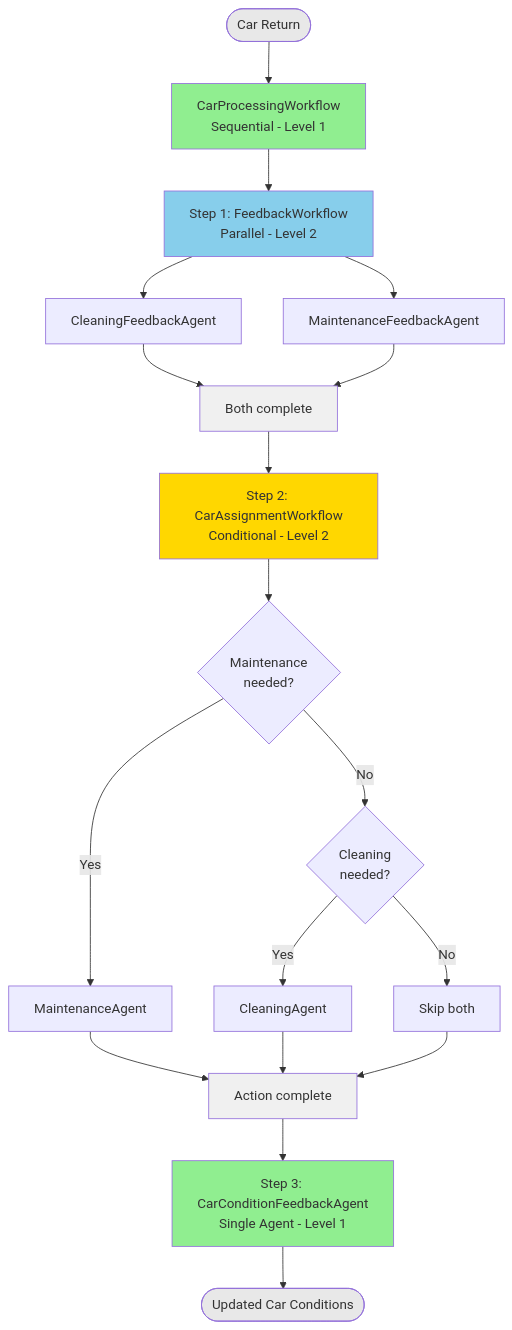
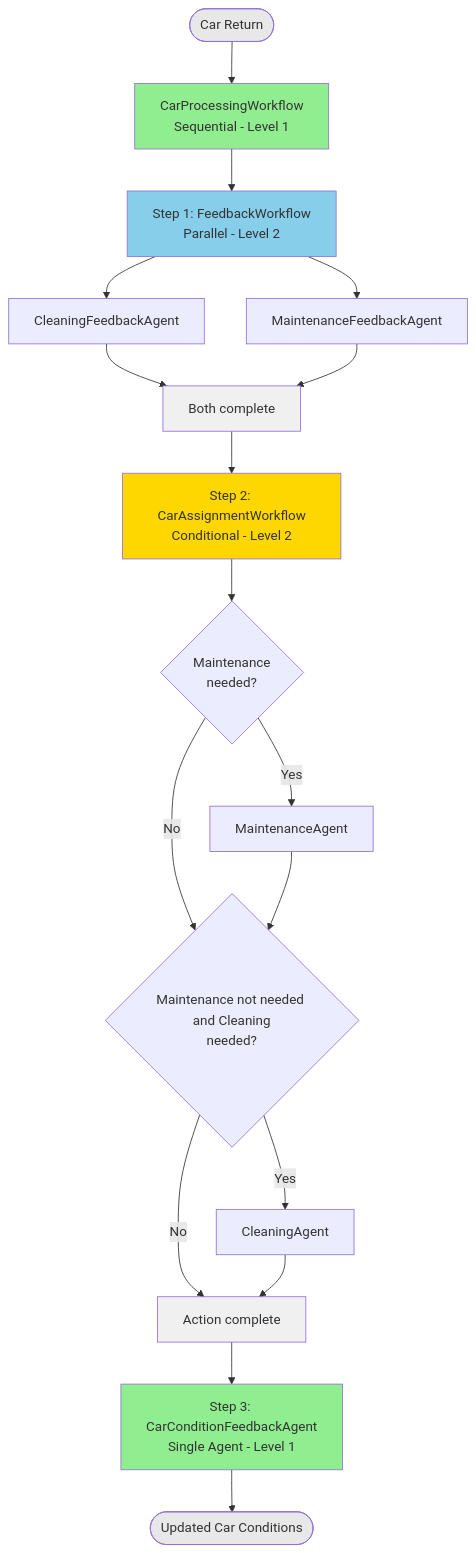
One commit to mbroz2/jcon-europe-2026 changed the third of 6 diagrams in docs/docs/step-03.md. Above: the diagram before and after it, drawn with Mermaid. The commit also changed other lines of this file and 2 other files, not shown here.

````diff
--- a/docs/docs/step-03.md
+++ b/docs/docs/step-03.md
@@ -114,32 +114,31 @@
 ```mermaid
 graph TB
     Start([Car Return]) --> A[CarProcessingWorkflow<br/>Sequential - Level 1]
     
     A --> B[Step 1: FeedbackWorkflow<br/>Parallel - Level 2]
     B --> B1[CleaningFeedbackAgent]
     B --> B2[MaintenanceFeedbackAgent]
     B1 --> BEnd[Both complete]
     B2 --> BEnd
     
     BEnd --> C[Step 2: CarAssignmentWorkflow<br/>Conditional - Level 2]
     C --> C1{Maintenance<br/>needed?}
     C1 -->|Yes| C2[MaintenanceAgent]
-    C1 -->|No| C3{Cleaning<br/>needed?}
+    C1 -->|No| C3{Maintenance not needed and Cleaning<br/>needed?}
     C3 -->|Yes| C4[CleaningAgent]
-    C3 -->|No| C5[Skip both]
-    C2 --> CEnd[Action complete]
+    C2 --> C3
+    C3 -->|No| CEnd[Action complete]
     C4 --> CEnd
-    C5 --> CEnd
     
     CEnd --> D[Step 3: CarConditionFeedbackAgent<br/>Single Agent - Level 1]
     D --> End([Updated Car Conditions])
     
     style A fill:#90EE90
     style B fill:#87CEEB
     style C fill:#FFD700
     style D fill:#90EE90
     style Start fill:#E8E8E8
     style End fill:#E8E8E8
     style BEnd fill:#F0F0F0
     style CEnd fill:#F0F0F0
 ```
````
